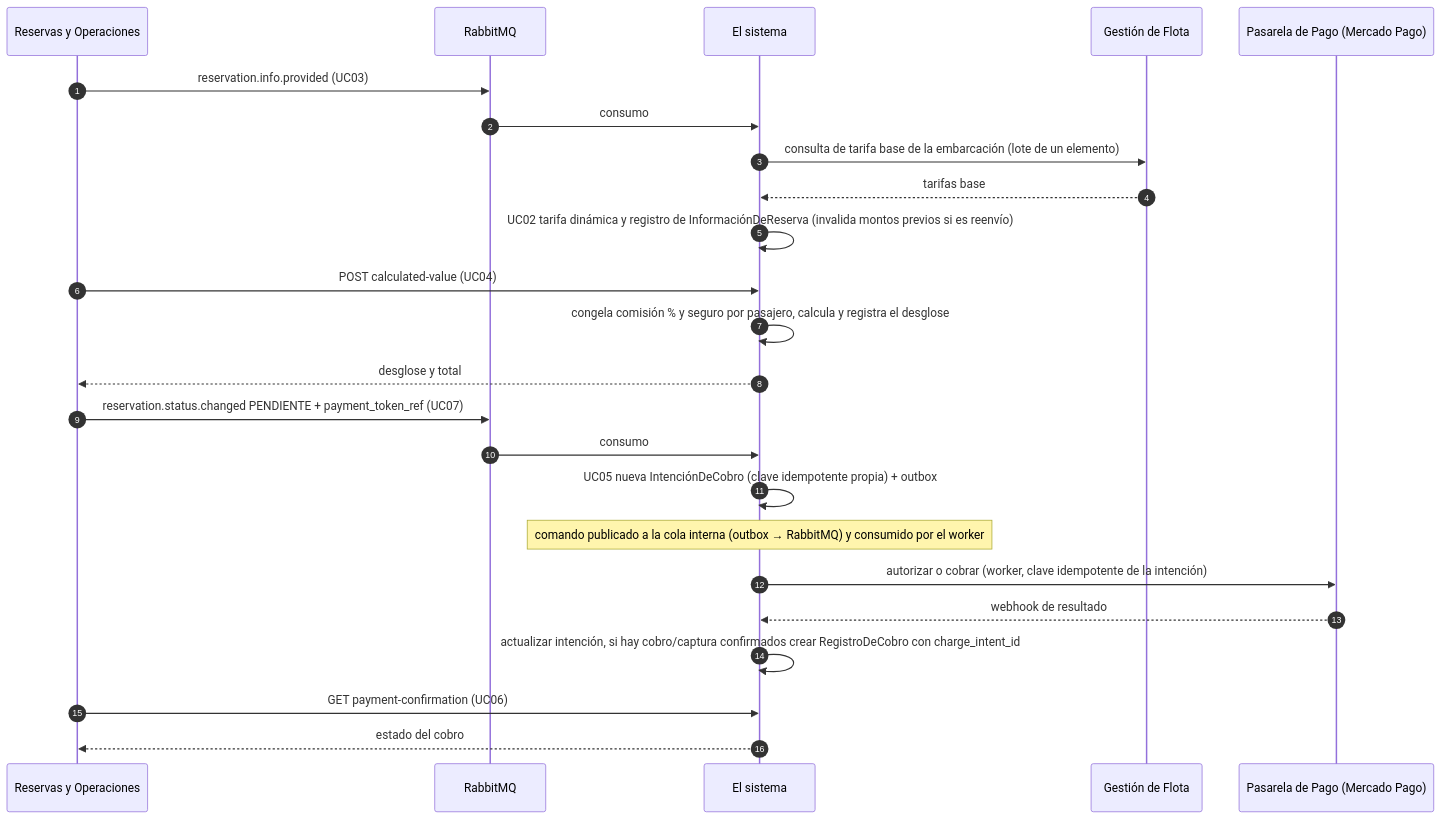
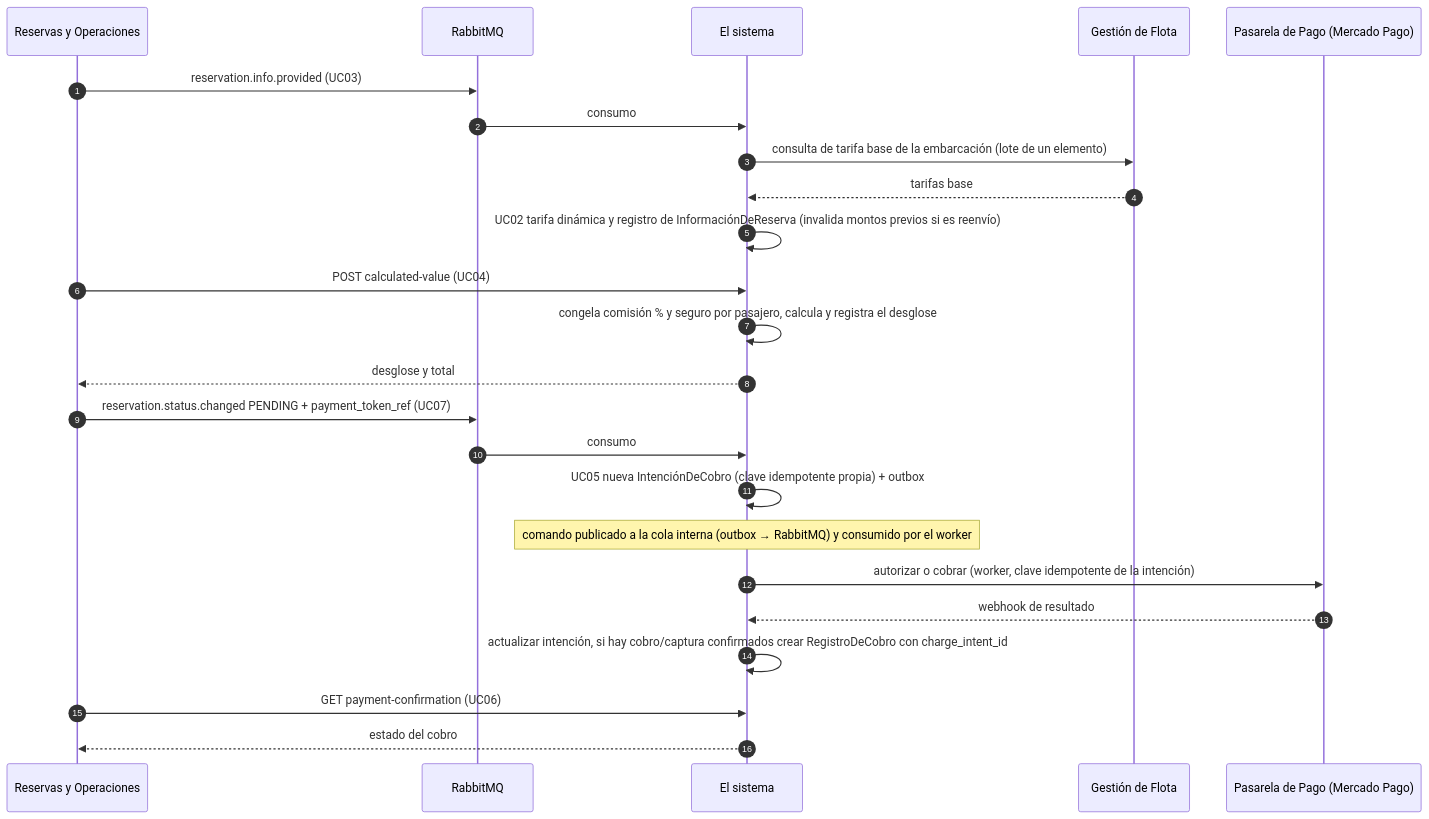
The third of 3 diagrams in docs/technical-plan/general-plan.md (SebasTK2008/SeaShare_Modulo_3), drawn with Mermaid before and after one commit. The commit also changed other lines of this file and 15 other files, not shown here.

Commit message:
docs: fix reservation status language

````diff
--- a/docs/technical-plan/general-plan.md
+++ b/docs/technical-plan/general-plan.md
@@ -476,27 +476,27 @@
 ```mermaid
 sequenceDiagram
   autonumber
   participant M2 as Reservas y Operaciones
   participant MQ as RabbitMQ
   participant F as El sistema
   participant M1 as Gestión de Flota
   participant PG as Pasarela de Pago (Mercado Pago)
 
   M2->>MQ: reservation.info.provided (UC03)
   MQ->>F: consumo
   F->>M1: consulta de tarifa base de la embarcación (lote de un elemento)
   M1-->>F: tarifas base
   F->>F: UC02 tarifa dinámica y registro de InformaciónDeReserva (invalida montos previos si es reenvío)
   M2->>F: POST calculated-value (UC04)
   F->>F: congela comisión % y seguro por pasajero, calcula y registra el desglose
   F-->>M2: desglose y total
-  M2->>MQ: reservation.status.changed PENDIENTE + payment_token_ref (UC07)
+  M2->>MQ: reservation.status.changed PENDING + payment_token_ref (UC07)
   MQ->>F: consumo
   F->>F: UC05 nueva IntenciónDeCobro (clave idempotente propia) + outbox
   Note over F: comando publicado a la cola interna (outbox → RabbitMQ) y consumido por el worker
   F->>PG: autorizar o cobrar (worker, clave idempotente de la intención)
   PG-->>F: webhook de resultado
   F->>F: actualizar intención, si hay cobro/captura confirmados crear RegistroDeCobro con charge_intent_id
   M2->>F: GET payment-confirmation (UC06)
   F-->>M2: estado del cobro
 ```
````
